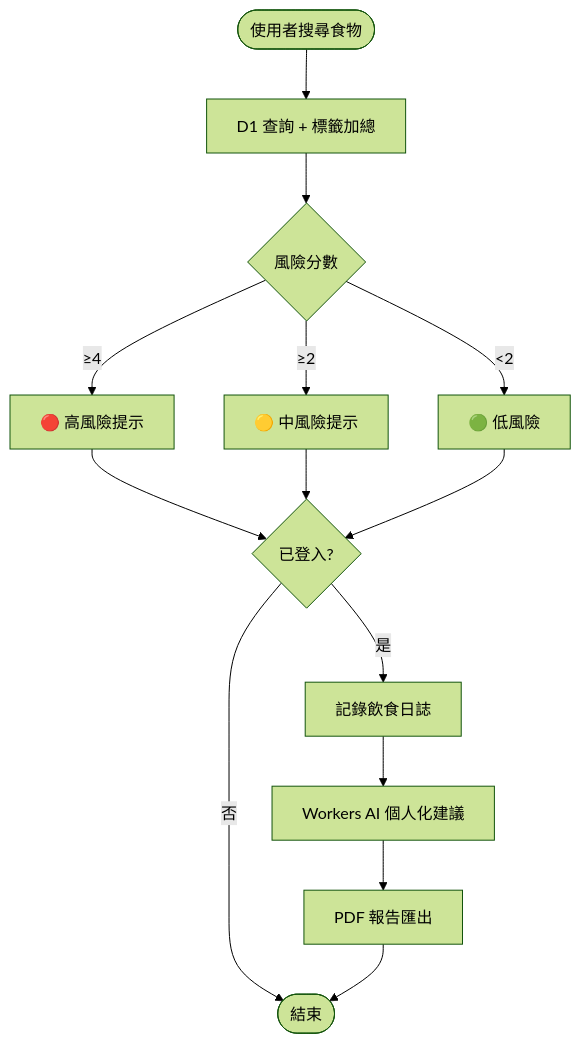
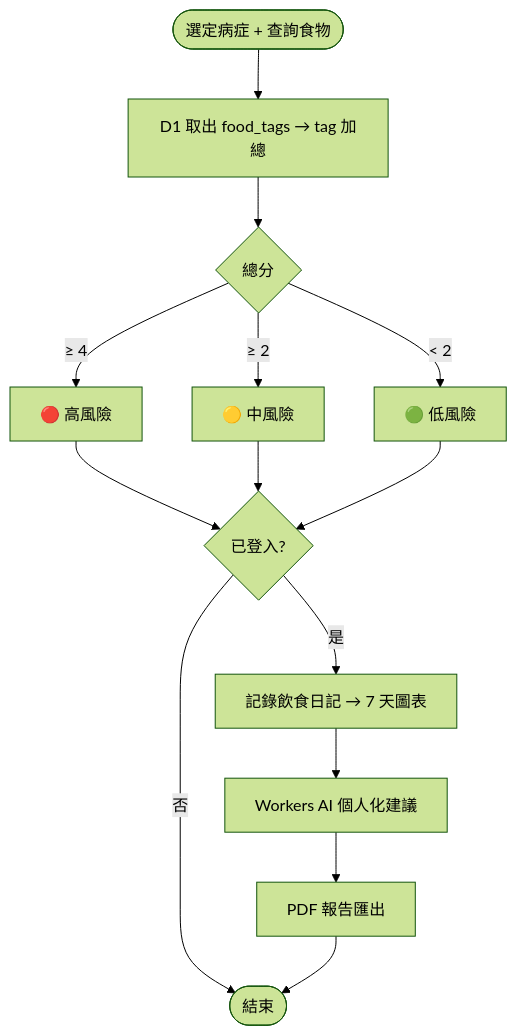
The second of 2 diagrams in src/content/posts/product/2026-04-23-nutrition-risk-engine.md (a920604a/engineernews), drawn with Mermaid (forest theme) before and after one commit. The commit also changed other lines of this file and 468 other files, not shown here.

````diff
--- a/src/content/posts/product/2026-04-23-nutrition-risk-engine.md
+++ b/src/content/posts/product/2026-04-23-nutrition-risk-engine.md
@@ -51,14 +88,14 @@
 ```mermaid
 flowchart TD
-  A(["使用者搜尋食物"]) --> B[D1 查詢 + 標籤加總]
-  B --> C{風險分數}
-  C -- ≥4 --> D[🔴 高風險提示]
-  C -- ≥2 --> E[🟡 中風險提示]
-  C -- <2 --> F[🟢 低風險]
+  A(["選定病症 + 查詢食物"]) --> B["D1 取出 food_tags → tag 加總"]
+  B --> C{總分}
+  C -- "≥ 4" --> D["🔴 高風險"]
+  C -- "≥ 2" --> E["🟡 中風險"]
+  C -- "< 2" --> F["🟢 低風險"]
   D & E & F --> G{已登入?}
-  G -- 是 --> H[記錄飲食日誌]
-  H --> I[Workers AI 個人化建議]
-  I --> J[PDF 報告匯出]
+  G -- 是 --> H["記錄飲食日記 → 7 天圖表"]
+  H --> I["Workers AI 個人化建議"]
+  I --> J["PDF 報告匯出"]
   G -- 否 --> Z(["結束"])
   J --> Z
 ```
````
